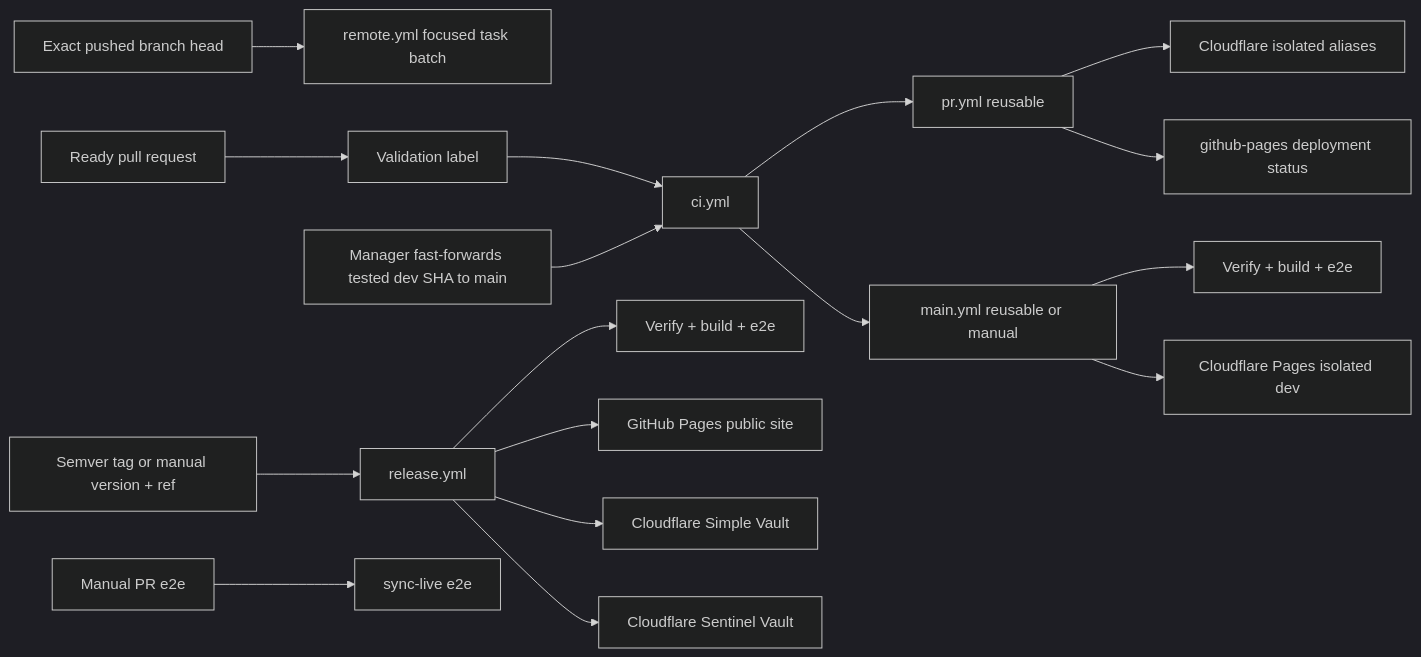
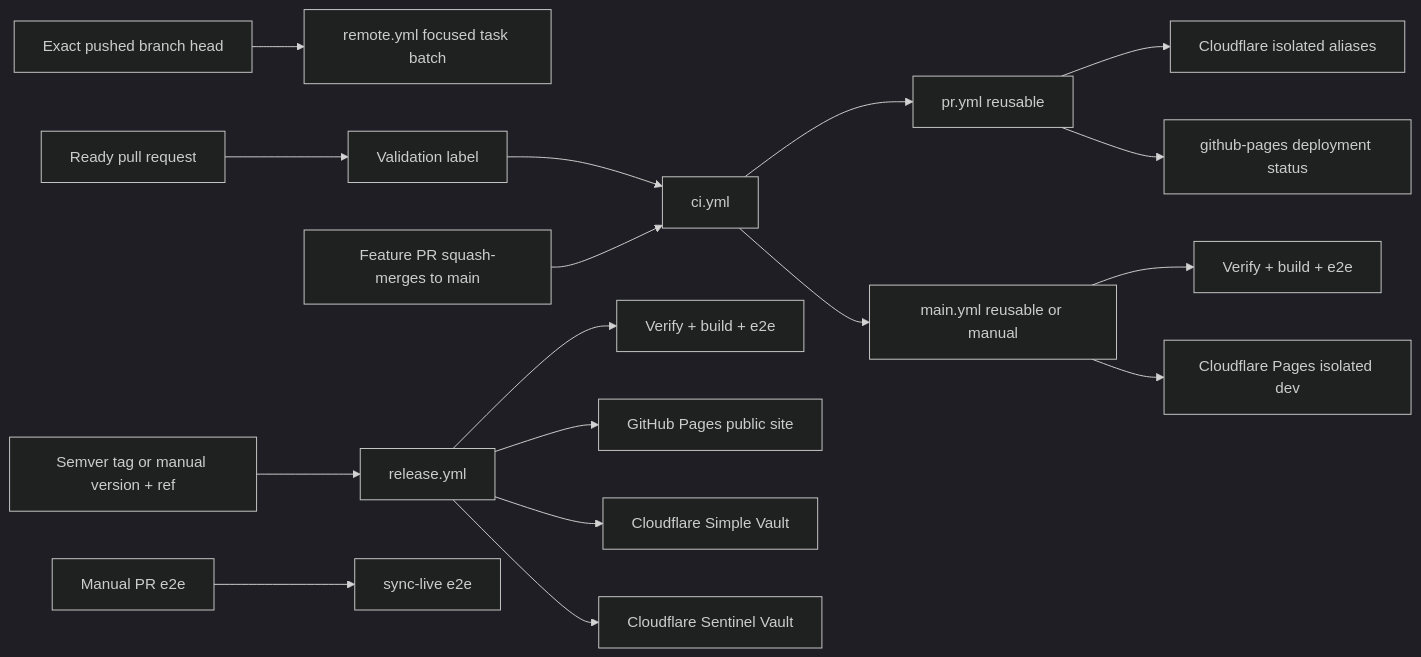
One commit to meta-secret/nook changed the diagram in .cortex/teams/sre/workflows/ci-pipeline.md. Above: the diagram before and after it, drawn with Mermaid (dark theme). The commit also changed other lines of this file and 219 other files, not shown here.

````diff
--- a/.cortex/teams/sre/workflows/ci-pipeline.md
+++ b/.cortex/teams/sre/workflows/ci-pipeline.md
@@ -130,22 +132,22 @@
 ```mermaid
 flowchart LR
   branch[Exact pushed branch head] --> remote_yml[remote.yml focused task batch]
   PR[Ready pull request] --> label[Validation label]
   label --> ci_yml[ci.yml]
   ci_yml --> pr_yml[pr.yml reusable]
   pr_yml --> preview[Cloudflare isolated aliases]
   pr_yml --> pr_deployment[github-pages deployment status]
 
-  merge[Manager fast-forwards tested dev SHA to main] --> ci_yml
+  merge[Feature PR squash-merges to main] --> ci_yml
   ci_yml --> main_yml[main.yml reusable or manual]
   main_yml --> main_verify[Verify + build + e2e]
   main_yml --> cf_dev[Cloudflare Pages isolated dev]
   release[Semver tag or manual version + ref] --> release_yml[release.yml]
   release_yml --> release_verify[Verify + build + e2e]
   release_yml --> pages[GitHub Pages public site]
   release_yml --> simple_cf[Cloudflare Simple Vault]
   release_yml --> sentinel_cf[Cloudflare Sentinel Vault]
 
   manual_e2e[Manual PR e2e] --> e2e_live[sync-live e2e]
 
 ```
````
